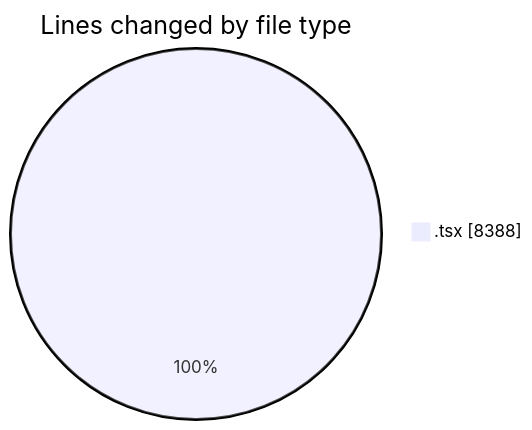
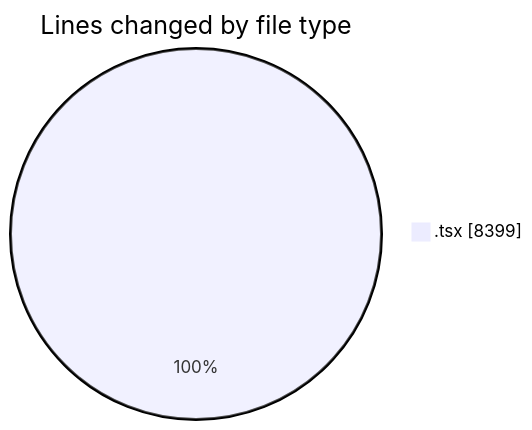
One commit to momahboobian/code-tracking changed the first of 2 diagrams in 2025-12-04/cda/README.md. Above: the diagram before and after it, drawn with Mermaid. The commit also changed other lines of this file and 1 other file, not shown here.

````diff
--- a/2025-12-04/cda/README.md
+++ b/2025-12-04/cda/README.md
@@ -29,5 +29,5 @@
 ```mermaid
 pie showData
 title Lines changed by file type
-".tsx" : 8388
+".tsx" : 8399
 ```
````
